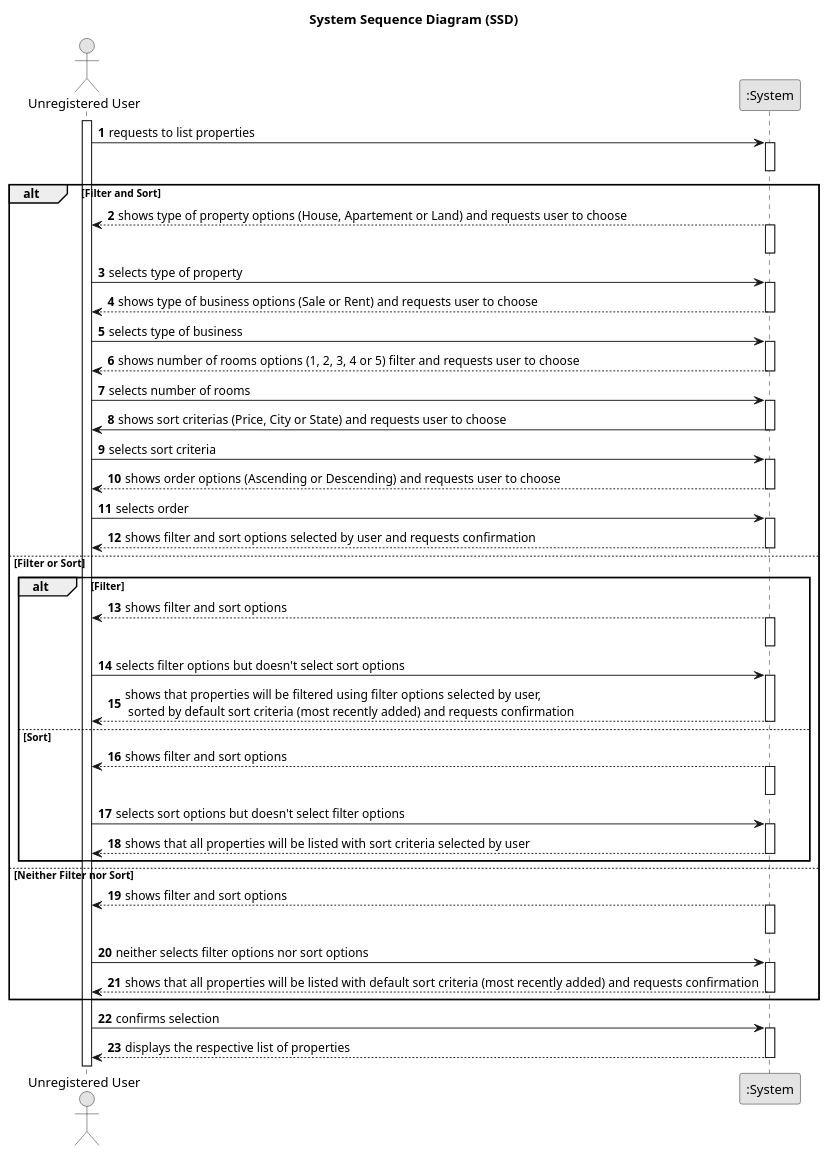
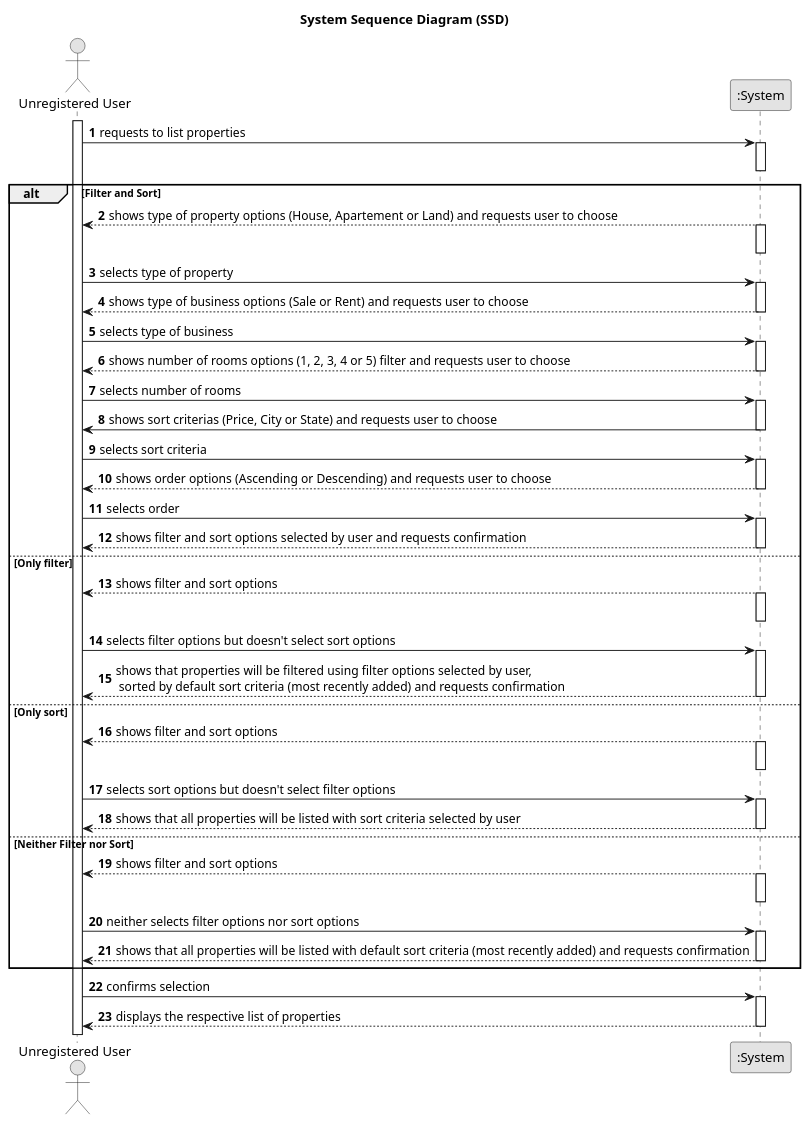
Before and after one commit to Goncalves2525/real-estate-management-system: the diagram in docs/sprintB/us001/01.requirements-engineering/puml/us001-system-sequence-diagram.puml, drawn with PlantUML. The commit also changed 7 other files, not shown here.

Commit message:
Made adjustments to US1 SSD, SD and class diagram

```diff
--- a/docs/sprintB/us001/01.requirements-engineering/puml/us001-system-sequence-diagram.puml
+++ b/docs/sprintB/us001/01.requirements-engineering/puml/us001-system-sequence-diagram.puml
@@ -1,105 +1,105 @@
 @startuml
 skinparam monochrome true
 skinparam packageStyle rectangle
 skinparam shadowing false
 
 title System Sequence Diagram (SSD)
 
 autonumber
 
 actor "Unregistered User" as User
 participant ":System" as System
 
 activate User
 
     User -> System : requests to list properties
     activate System
     deactivate System
 
 
     alt Filter and Sort
 
         System --> User : shows type of property options (House, Apartement or Land) and requests user to choose
         activate System
         deactivate System
 
         User -> System : selects type of property
         activate System
 
         System --> User : shows type of business options (Sale or Rent) and requests user to choose
         deactivate System
 
         User -> System : selects type of business
         activate System
 
         System --> User : shows number of rooms options (1, 2, 3, 4 or 5) filter and requests user to choose
         deactivate System
 
         User -> System : selects number of rooms
         activate System
 
         System -> User : shows sort criterias (Price, City or State) and requests user to choose
         deactivate System
 
         User -> System : selects sort criteria
         activate System
 
         System --> User : shows order options (Ascending or Descending) and requests user to choose
         deactivate System
 
         User -> System : selects order
         activate System
 
         System --> User : shows filter and sort options selected by user and requests confirmation
         deactivate System
 
-    else Filter or Sort
 
-        alt Filter
 
-            System --> User : shows filter and sort options
-            activate System
-            deactivate System
+    else Only filter
 
-            User -> System : selects filter options but doesn't select sort options
-            activate System
+        System --> User : shows filter and sort options
+        activate System
+        deactivate System
 
-            System --> User : shows that properties will be filtered using filter options selected by user, \n sorted by default sort criteria (most recently added) and requests confirmation
-            deactivate System
-        else Sort
-            System --> User : shows filter and sort options
-            activate System
-            deactivate System
+        User -> System : selects filter options but doesn't select sort options
+        activate System
 
-            User -> System : selects sort options but doesn't select filter options
-            activate System
+        System --> User : shows that properties will be filtered using filter options selected by user, \n sorted by default sort criteria (most recently added) and requests confirmation
+        deactivate System
+    else Only sort
+        System --> User : shows filter and sort options
+        activate System
+        deactivate System
 
-            System --> User : shows that all properties will be listed with sort criteria selected by user
-            deactivate System
-        end
+        User -> System : selects sort options but doesn't select filter options
+        activate System
+
+        System --> User : shows that all properties will be listed with sort criteria selected by user
+        deactivate System
+
 
 
     else Neither Filter nor Sort
         System --> User : shows filter and sort options
         activate System
         deactivate System
 
         User -> System : neither selects filter options nor sort options
         activate System
 
         System --> User : shows that all properties will be listed with default sort criteria (most recently added) and requests confirmation
         deactivate System
 
 
     end
 
     User -> System : confirms selection
     activate System
 
     System --> User : displays the respective list of properties
     deactivate System
 
 
 
 
 @enduml
```
